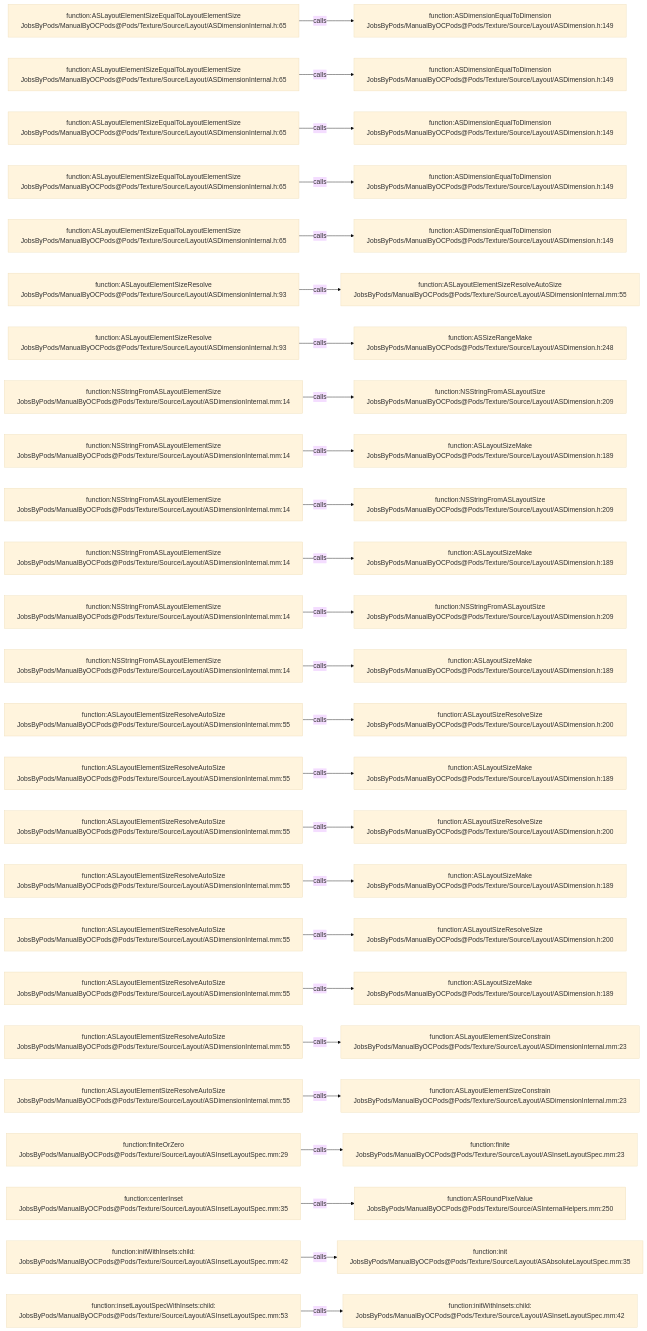
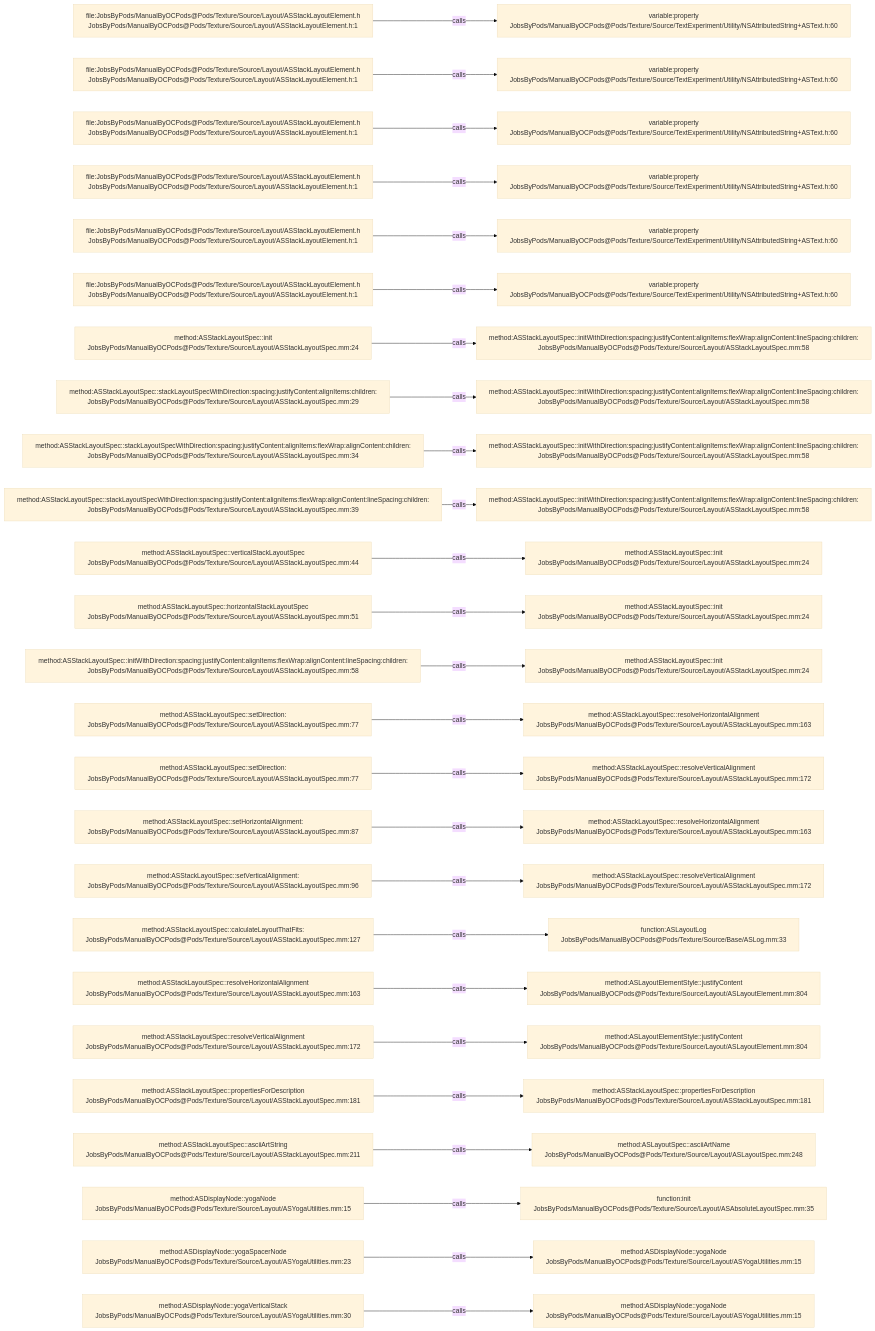
One commit to JobsKits/JobsOCBaseConfigDemo changed the diagram in .codegraph/codegraph.md/graphs/calls-175.md. Above: the diagram before and after it, drawn with Mermaid (base theme). The commit also changed 1448 other files, not shown here.

````diff
--- a/.codegraph/codegraph.md/graphs/calls-175.md
+++ b/.codegraph/codegraph.md/graphs/calls-175.md
@@ -13,78 +13,78 @@
 ```mermaid
 flowchart LR
-  S1["function:ASLayoutElementSizeEqualToLayoutElementSize<br/>JobsByPods/ManualByOCPods@Pods/Texture/Source/Layout/ASDimensionInternal.h:65"]
-  T1["function:ASDimensionEqualToDimension<br/>JobsByPods/ManualByOCPods@Pods/Texture/Source/Layout/ASDimension.h:149"]
+  S1["file:JobsByPods/ManualByOCPods@Pods/Texture/Source/Layout/ASStackLayoutElement.h<br/>JobsByPods/ManualByOCPods@Pods/Texture/Source/Layout/ASStackLayoutElement.h:1"]
+  T1["variable:property<br/>JobsByPods/ManualByOCPods@Pods/Texture/Source/TextExperiment/Utility/NSAttributedString+ASText.h:60"]
   S1 -->|calls| T1
-  S2["function:ASLayoutElementSizeEqualToLayoutElementSize<br/>JobsByPods/ManualByOCPods@Pods/Texture/Source/Layout/ASDimensionInternal.h:65"]
-  T2["function:ASDimensionEqualToDimension<br/>JobsByPods/ManualByOCPods@Pods/Texture/Source/Layout/ASDimension.h:149"]
+  S2["file:JobsByPods/ManualByOCPods@Pods/Texture/Source/Layout/ASStackLayoutElement.h<br/>JobsByPods/ManualByOCPods@Pods/Texture/Source/Layout/ASStackLayoutElement.h:1"]
+  T2["variable:property<br/>JobsByPods/ManualByOCPods@Pods/Texture/Source/TextExperiment/Utility/NSAttributedString+ASText.h:60"]
   S2 -->|calls| T2
-  S3["function:ASLayoutElementSizeEqualToLayoutElementSize<br/>JobsByPods/ManualByOCPods@Pods/Texture/Source/Layout/ASDimensionInternal.h:65"]
-  T3["function:ASDimensionEqualToDimension<br/>JobsByPods/ManualByOCPods@Pods/Texture/Source/Layout/ASDimension.h:149"]
+  S3["file:JobsByPods/ManualByOCPods@Pods/Texture/Source/Layout/ASStackLayoutElement.h<br/>JobsByPods/ManualByOCPods@Pods/Texture/Source/Layout/ASStackLayoutElement.h:1"]
+  T3["variable:property<br/>JobsByPods/ManualByOCPods@Pods/Texture/Source/TextExperiment/Utility/NSAttributedString+ASText.h:60"]
   S3 -->|calls| T3
-  S4["function:ASLayoutElementSizeEqualToLayoutElementSize<br/>JobsByPods/ManualByOCPods@Pods/Texture/Source/Layout/ASDimensionInternal.h:65"]
-  T4["function:ASDimensionEqualToDimension<br/>JobsByPods/ManualByOCPods@Pods/Texture/Source/Layout/ASDimension.h:149"]
+  S4["file:JobsByPods/ManualByOCPods@Pods/Texture/Source/Layout/ASStackLayoutElement.h<br/>JobsByPods/ManualByOCPods@Pods/Texture/Source/Layout/ASStackLayoutElement.h:1"]
+  T4["variable:property<br/>JobsByPods/ManualByOCPods@Pods/Texture/Source/TextExperiment/Utility/NSAttributedString+ASText.h:60"]
   S4 -->|calls| T4
-  S5["function:ASLayoutElementSizeEqualToLayoutElementSize<br/>JobsByPods/ManualByOCPods@Pods/Texture/Source/Layout/ASDimensionInternal.h:65"]
-  T5["function:ASDimensionEqualToDimension<br/>JobsByPods/ManualByOCPods@Pods/Texture/Source/Layout/ASDimension.h:149"]
+  S5["file:JobsByPods/ManualByOCPods@Pods/Texture/Source/Layout/ASStackLayoutElement.h<br/>JobsByPods/ManualByOCPods@Pods/Texture/Source/Layout/ASStackLayoutElement.h:1"]
+  T5["variable:property<br/>JobsByPods/ManualByOCPods@Pods/Texture/Source/TextExperiment/Utility/NSAttributedString+ASText.h:60"]
   S5 -->|calls| T5
-  S6["function:ASLayoutElementSizeResolve<br/>JobsByPods/ManualByOCPods@Pods/Texture/Source/Layout/ASDimensionInternal.h:93"]
-  T6["function:ASLayoutElementSizeResolveAutoSize<br/>JobsByPods/ManualByOCPods@Pods/Texture/Source/Layout/ASDimensionInternal.mm:55"]
+  S6["file:JobsByPods/ManualByOCPods@Pods/Texture/Source/Layout/ASStackLayoutElement.h<br/>JobsByPods/ManualByOCPods@Pods/Texture/Source/Layout/ASStackLayoutElement.h:1"]
+  T6["variable:property<br/>JobsByPods/ManualByOCPods@Pods/Texture/Source/TextExperiment/Utility/NSAttributedString+ASText.h:60"]
   S6 -->|calls| T6
-  S7["function:ASLayoutElementSizeResolve<br/>JobsByPods/ManualByOCPods@Pods/Texture/Source/Layout/ASDimensionInternal.h:93"]
-  T7["function:ASSizeRangeMake<br/>JobsByPods/ManualByOCPods@Pods/Texture/Source/Layout/ASDimension.h:248"]
+  S7["method:ASStackLayoutSpec::init<br/>JobsByPods/ManualByOCPods@Pods/Texture/Source/Layout/ASStackLayoutSpec.mm:24"]
+  T7["method:ASStackLayoutSpec::initWithDirection:spacing:justifyContent:alignItems:flexWrap:alignContent:lineSpacing:children:<br/>JobsByPods/ManualByOCPods@Pods/Texture/Source/Layout/ASStackLayoutSpec.mm:58"]
   S7 -->|calls| T7
-  S8["function:NSStringFromASLayoutElementSize<br/>JobsByPods/ManualByOCPods@Pods/Texture/Source/Layout/ASDimensionInternal.mm:14"]
-  T8["function:NSStringFromASLayoutSize<br/>JobsByPods/ManualByOCPods@Pods/Texture/Source/Layout/ASDimension.h:209"]
+  S8["method:ASStackLayoutSpec::stackLayoutSpecWithDirection:spacing:justifyContent:alignItems:children:<br/>JobsByPods/ManualByOCPods@Pods/Texture/Source/Layout/ASStackLayoutSpec.mm:29"]
+  T8["method:ASStackLayoutSpec::initWithDirection:spacing:justifyContent:alignItems:flexWrap:alignContent:lineSpacing:children:<br/>JobsByPods/ManualByOCPods@Pods/Texture/Source/Layout/ASStackLayoutSpec.mm:58"]
   S8 -->|calls| T8
-  S9["function:NSStringFromASLayoutElementSize<br/>JobsByPods/ManualByOCPods@Pods/Texture/Source/Layout/ASDimensionInternal.mm:14"]
-  T9["function:ASLayoutSizeMake<br/>JobsByPods/ManualByOCPods@Pods/Texture/Source/Layout/ASDimension.h:189"]
+  S9["method:ASStackLayoutSpec::stackLayoutSpecWithDirection:spacing:justifyContent:alignItems:flexWrap:alignContent:children:<br/>JobsByPods/ManualByOCPods@Pods/Texture/Source/Layout/ASStackLayoutSpec.mm:34"]
+  T9["method:ASStackLayoutSpec::initWithDirection:spacing:justifyContent:alignItems:flexWrap:alignContent:lineSpacing:children:<br/>JobsByPods/ManualByOCPods@Pods/Texture/Source/Layout/ASStackLayoutSpec.mm:58"]
   S9 -->|calls| T9
-  S10["function:NSStringFromASLayoutElementSize<br/>JobsByPods/ManualByOCPods@Pods/Texture/Source/Layout/ASDimensionInternal.mm:14"]
-  T10["function:NSStringFromASLayoutSize<br/>JobsByPods/ManualByOCPods@Pods/Texture/Source/Layout/ASDimension.h:209"]
+  S10["method:ASStackLayoutSpec::stackLayoutSpecWithDirection:spacing:justifyContent:alignItems:flexWrap:alignContent:lineSpacing:children:<br/>JobsByPods/ManualByOCPods@Pods/Texture/Source/Layout/ASStackLayoutSpec.mm:39"]
+  T10["method:ASStackLayoutSpec::initWithDirection:spacing:justifyContent:alignItems:flexWrap:alignContent:lineSpacing:children:<br/>JobsByPods/ManualByOCPods@Pods/Texture/Source/Layout/ASStackLayoutSpec.mm:58"]
   S10 -->|calls| T10
-  S11["function:NSStringFromASLayoutElementSize<br/>JobsByPods/ManualByOCPods@Pods/Texture/Source/Layout/ASDimensionInternal.mm:14"]
-  T11["function:ASLayoutSizeMake<br/>JobsByPods/ManualByOCPods@Pods/Texture/Source/Layout/ASDimension.h:189"]
+  S11["method:ASStackLayoutSpec::verticalStackLayoutSpec<br/>JobsByPods/ManualByOCPods@Pods/Texture/Source/Layout/ASStackLayoutSpec.mm:44"]
+  T11["method:ASStackLayoutSpec::init<br/>JobsByPods/ManualByOCPods@Pods/Texture/Source/Layout/ASStackLayoutSpec.mm:24"]
   S11 -->|calls| T11
-  S12["function:NSStringFromASLayoutElementSize<br/>JobsByPods/ManualByOCPods@Pods/Texture/Source/Layout/ASDimensionInternal.mm:14"]
-  T12["function:NSStringFromASLayoutSize<br/>JobsByPods/ManualByOCPods@Pods/Texture/Source/Layout/ASDimension.h:209"]
+  S12["method:ASStackLayoutSpec::horizontalStackLayoutSpec<br/>JobsByPods/ManualByOCPods@Pods/Texture/Source/Layout/ASStackLayoutSpec.mm:51"]
+  T12["method:ASStackLayoutSpec::init<br/>JobsByPods/ManualByOCPods@Pods/Texture/Source/Layout/ASStackLayoutSpec.mm:24"]
   S12 -->|calls| T12
-  S13["function:NSStringFromASLayoutElementSize<br/>JobsByPods/ManualByOCPods@Pods/Texture/Source/Layout/ASDimensionInternal.mm:14"]
-  T13["function:ASLayoutSizeMake<br/>JobsByPods/ManualByOCPods@Pods/Texture/Source/Layout/ASDimension.h:189"]
+  S13["method:ASStackLayoutSpec::initWithDirection:spacing:justifyContent:alignItems:flexWrap:alignContent:lineSpacing:children:<br/>JobsByPods/ManualByOCPods@Pods/Texture/Source/Layout/ASStackLayoutSpec.mm:58"]
+  T13["method:ASStackLayoutSpec::init<br/>JobsByPods/ManualByOCPods@Pods/Texture/Source/Layout/ASStackLayoutSpec.mm:24"]
   S13 -->|calls| T13
-  S14["function:ASLayoutElementSizeResolveAutoSize<br/>JobsByPods/ManualByOCPods@Pods/Texture/Source/Layout/ASDimensionInternal.mm:55"]
-  T14["function:ASLayoutSizeResolveSize<br/>JobsByPods/ManualByOCPods@Pods/Texture/Source/Layout/ASDimension.h:200"]
+  S14["method:ASStackLayoutSpec::setDirection:<br/>JobsByPods/ManualByOCPods@Pods/Texture/Source/Layout/ASStackLayoutSpec.mm:77"]
+  T14["method:ASStackLayoutSpec::resolveHorizontalAlignment<br/>JobsByPods/ManualByOCPods@Pods/Texture/Source/Layout/ASStackLayoutSpec.mm:163"]
   S14 -->|calls| T14
-  S15["function:ASLayoutElementSizeResolveAutoSize<br/>JobsByPods/ManualByOCPods@Pods/Texture/Source/Layout/ASDimensionInternal.mm:55"]
-  T15["function:ASLayoutSizeMake<br/>JobsByPods/ManualByOCPods@Pods/Texture/Source/Layout/ASDimension.h:189"]
+  S15["method:ASStackLayoutSpec::setDirection:<br/>JobsByPods/ManualByOCPods@Pods/Texture/Source/Layout/ASStackLayoutSpec.mm:77"]
+  T15["method:ASStackLayoutSpec::resolveVerticalAlignment<br/>JobsByPods/ManualByOCPods@Pods/Texture/Source/Layout/ASStackLayoutSpec.mm:172"]
   S15 -->|calls| T15
-  S16["function:ASLayoutElementSizeResolveAutoSize<br/>JobsByPods/ManualByOCPods@Pods/Texture/Source/Layout/ASDimensionInternal.mm:55"]
-  T16["function:ASLayoutSizeResolveSize<br/>JobsByPods/ManualByOCPods@Pods/Texture/Source/Layout/ASDimension.h:200"]
+  S16["method:ASStackLayoutSpec::setHorizontalAlignment:<br/>JobsByPods/ManualByOCPods@Pods/Texture/Source/Layout/ASStackLayoutSpec.mm:87"]
+  T16["method:ASStackLayoutSpec::resolveHorizontalAlignment<br/>JobsByPods/ManualByOCPods@Pods/Texture/Source/Layout/ASStackLayoutSpec.mm:163"]
   S16 -->|calls| T16
-  S17["function:ASLayoutElementSizeResolveAutoSize<br/>JobsByPods/ManualByOCPods@Pods/Texture/Source/Layout/ASDimensionInternal.mm:55"]
-  T17["function:ASLayoutSizeMake<br/>JobsByPods/ManualByOCPods@Pods/Texture/Source/Layout/ASDimension.h:189"]
+  S17["method:ASStackLayoutSpec::setVerticalAlignment:<br/>JobsByPods/ManualByOCPods@Pods/Texture/Source/Layout/ASStackLayoutSpec.mm:96"]
+  T17["method:ASStackLayoutSpec::resolveVerticalAlignment<br/>JobsByPods/ManualByOCPods@Pods/Texture/Source/Layout/ASStackLayoutSpec.mm:172"]
   S17 -->|calls| T17
-  S18["function:ASLayoutElementSizeResolveAutoSize<br/>JobsByPods/ManualByOCPods@Pods/Texture/Source/Layout/ASDimensionInternal.mm:55"]
-  T18["function:ASLayoutSizeResolveSize<br/>JobsByPods/ManualByOCPods@Pods/Texture/Source/Layout/ASDimension.h:200"]
+  S18["method:ASStackLayoutSpec::calculateLayoutThatFits:<br/>JobsByPods/ManualByOCPods@Pods/Texture/Source/Layout/ASStackLayoutSpec.mm:127"]
+  T18["function:ASLayoutLog<br/>JobsByPods/ManualByOCPods@Pods/Texture/Source/Base/ASLog.mm:33"]
   S18 -->|calls| T18
-  S19["function:ASLayoutElementSizeResolveAutoSize<br/>JobsByPods/ManualByOCPods@Pods/Texture/Source/Layout/ASDimensionInternal.mm:55"]
-  T19["function:ASLayoutSizeMake<br/>JobsByPods/ManualByOCPods@Pods/Texture/Source/Layout/ASDimension.h:189"]
+  S19["method:ASStackLayoutSpec::resolveHorizontalAlignment<br/>JobsByPods/ManualByOCPods@Pods/Texture/Source/Layout/ASStackLayoutSpec.mm:163"]
+  T19["method:ASLayoutElementStyle::justifyContent<br/>JobsByPods/ManualByOCPods@Pods/Texture/Source/Layout/ASLayoutElement.mm:804"]
   S19 -->|calls| T19
-  S20["function:ASLayoutElementSizeResolveAutoSize<br/>JobsByPods/ManualByOCPods@Pods/Texture/Source/Layout/ASDimensionInternal.mm:55"]
-  T20["function:ASLayoutElementSizeConstrain<br/>JobsByPods/ManualByOCPods@Pods/Texture/Source/Layout/ASDimensionInternal.mm:23"]
+  S20["method:ASStackLayoutSpec::resolveVerticalAlignment<br/>JobsByPods/ManualByOCPods@Pods/Texture/Source/Layout/ASStackLayoutSpec.mm:172"]
+  T20["method:ASLayoutElementStyle::justifyContent<br/>JobsByPods/ManualByOCPods@Pods/Texture/Source/Layout/ASLayoutElement.mm:804"]
   S20 -->|calls| T20
-  S21["function:ASLayoutElementSizeResolveAutoSize<br/>JobsByPods/ManualByOCPods@Pods/Texture/Source/Layout/ASDimensionInternal.mm:55"]
-  T21["function:ASLayoutElementSizeConstrain<br/>JobsByPods/ManualByOCPods@Pods/Texture/Source/Layout/ASDimensionInternal.mm:23"]
+  S21["method:ASStackLayoutSpec::propertiesForDescription<br/>JobsByPods/ManualByOCPods@Pods/Texture/Source/Layout/ASStackLayoutSpec.mm:181"]
+  T21["method:ASStackLayoutSpec::propertiesForDescription<br/>JobsByPods/ManualByOCPods@Pods/Texture/Source/Layout/ASStackLayoutSpec.mm:181"]
   S21 -->|calls| T21
-  S22["function:finiteOrZero<br/>JobsByPods/ManualByOCPods@Pods/Texture/Source/Layout/ASInsetLayoutSpec.mm:29"]
-  T22["function:finite<br/>JobsByPods/ManualByOCPods@Pods/Texture/Source/Layout/ASInsetLayoutSpec.mm:23"]
+  S22["method:ASStackLayoutSpec::asciiArtString<br/>JobsByPods/ManualByOCPods@Pods/Texture/Source/Layout/ASStackLayoutSpec.mm:211"]
+  T22["method:ASLayoutSpec::asciiArtName<br/>JobsByPods/ManualByOCPods@Pods/Texture/Source/Layout/ASLayoutSpec.mm:248"]
   S22 -->|calls| T22
-  S23["function:centerInset<br/>JobsByPods/ManualByOCPods@Pods/Texture/Source/Layout/ASInsetLayoutSpec.mm:35"]
-  T23["function:ASRoundPixelValue<br/>JobsByPods/ManualByOCPods@Pods/Texture/Source/ASInternalHelpers.mm:250"]
+  S23["method:ASDisplayNode::yogaNode<br/>JobsByPods/ManualByOCPods@Pods/Texture/Source/Layout/ASYogaUtilities.mm:15"]
+  T23["function:init<br/>JobsByPods/ManualByOCPods@Pods/Texture/Source/Layout/ASAbsoluteLayoutSpec.mm:35"]
   S23 -->|calls| T23
-  S24["function:initWithInsets:child:<br/>JobsByPods/ManualByOCPods@Pods/Texture/Source/Layout/ASInsetLayoutSpec.mm:42"]
-  T24["function:init<br/>JobsByPods/ManualByOCPods@Pods/Texture/Source/Layout/ASAbsoluteLayoutSpec.mm:35"]
+  S24["method:ASDisplayNode::yogaSpacerNode<br/>JobsByPods/ManualByOCPods@Pods/Texture/Source/Layout/ASYogaUtilities.mm:23"]
+  T24["method:ASDisplayNode::yogaNode<br/>JobsByPods/ManualByOCPods@Pods/Texture/Source/Layout/ASYogaUtilities.mm:15"]
   S24 -->|calls| T24
-  S25["function:insetLayoutSpecWithInsets:child:<br/>JobsByPods/ManualByOCPods@Pods/Texture/Source/Layout/ASInsetLayoutSpec.mm:53"]
-  T25["function:initWithInsets:child:<br/>JobsByPods/ManualByOCPods@Pods/Texture/Source/Layout/ASInsetLayoutSpec.mm:42"]
+  S25["method:ASDisplayNode::yogaVerticalStack<br/>JobsByPods/ManualByOCPods@Pods/Texture/Source/Layout/ASYogaUtilities.mm:30"]
+  T25["method:ASDisplayNode::yogaNode<br/>JobsByPods/ManualByOCPods@Pods/Texture/Source/Layout/ASYogaUtilities.mm:15"]
   S25 -->|calls| T25
 ```
````
